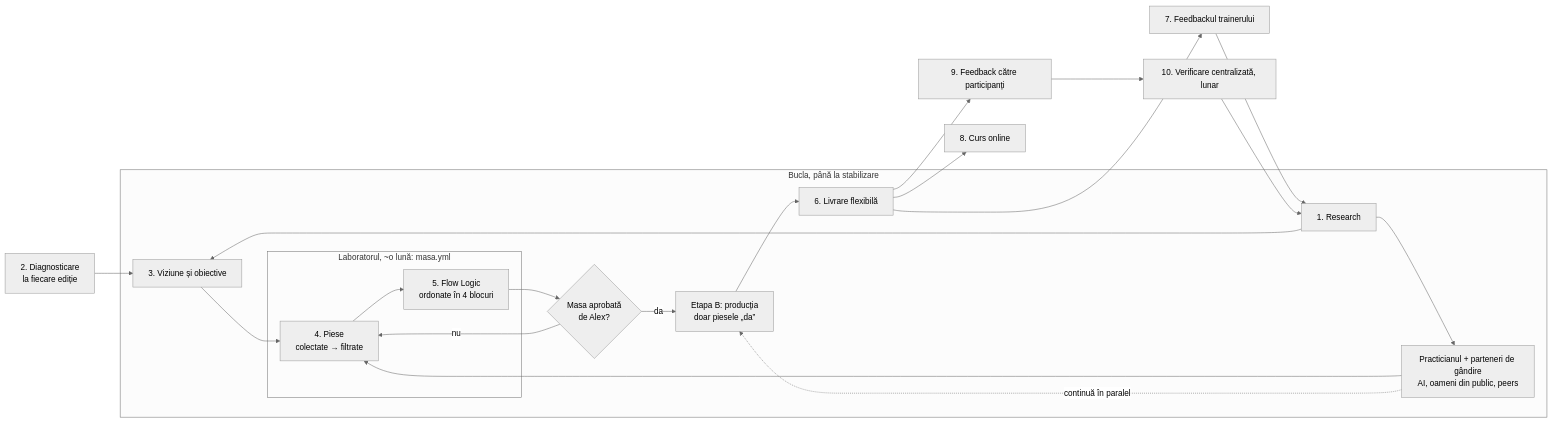
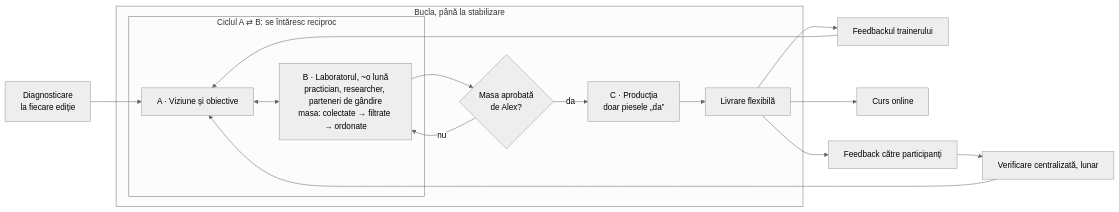
One commit to alexandrumolea/AgentsTeam changed the diagram in docs/procese/curs-nou.md. Above: the diagram before and after it, drawn with Mermaid (neutral theme). The commit also changed other lines of this file and 3 other files, not shown here.

Commit message:
D-067: etapele A ⇄ B (viziune și Laborator, ciclu) → C producția

````diff
--- a/docs/procese/curs-nou.md
+++ b/docs/procese/curs-nou.md
@@ -26,21 +45,16 @@
 ```mermaid
 flowchart LR
-  D[2. Diagnosticare<br/>la fiecare ediție] --> O
+  D[Diagnosticare<br/>la fiecare ediție] --> A
   subgraph Bucla["Bucla, până la stabilizare"]
-    R[1. Research] --> O[3. Viziune și obiective]
-    subgraph A["Laboratorul, ~o lună: masa.yml"]
-      P[4. Piese<br/>colectate → filtrate] --> F[5. Flow Logic<br/>ordonate în 4 blocuri]
+    subgraph Ciclu["Ciclul A ⇄ B: se întăresc reciproc"]
+      A[A · Viziune și obiective] <--> B[B · Laboratorul, ~o lună<br/>practician, researcher, parteneri de gândire<br/>masa: colectate → filtrate → ordonate]
     end
-    O --> P
-    R --> PR[Practicianul + parteneri de gândire<br/>AI, oameni din public, peers]
-    PR --> P
-    F --> G{Masa aprobată<br/>de Alex?}
-    G -- nu --> P
-    G -- da --> B[Etapa B: producția<br/>doar piesele „da”] --> L[6. Livrare flexibilă]
-    PR -. continuă în paralel .-> B
+    B --> G{Masa aprobată<br/>de Alex?}
+    G -- nu --> B
+    G -- da --> C[C · Producția<br/>doar piesele „da”] --> L[Livrare flexibilă]
   end
-  L --> T[7. Feedbackul trainerului] --> R
-  L --> C[8. Curs online]
-  L --> FP[9. Feedback către participanți] --> V[10. Verificare centralizată, lunar]
-  V --> R
+  L --> T[Feedbackul trainerului] --> A
+  L --> CO[Curs online]
+  L --> FP[Feedback către participanți] --> V[Verificare centralizată, lunar]
+  V --> A
 ```
````
